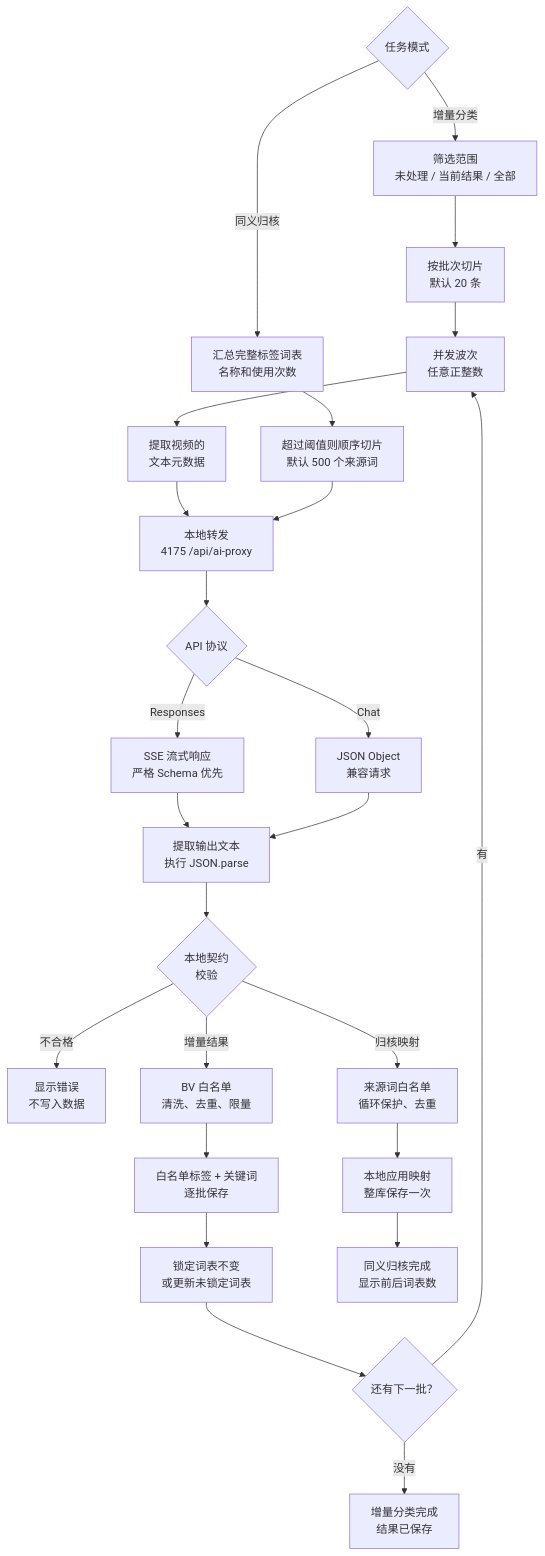
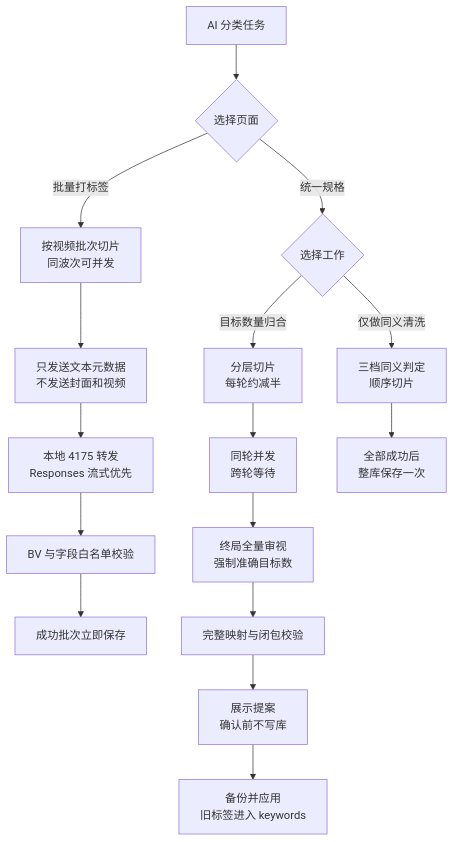
Before and after one commit to KanameMadoka520/_WatchLaterList: the second of 2 diagrams in README.md, drawn with Mermaid. The commit also changed other lines of this file and 9 other files, not shown here.

````diff
--- a/README.md
+++ b/README.md
@@ -235,28 +247,18 @@
 ```mermaid
 flowchart TD
-    A{"任务模式"}
-    A -->|"增量分类"| B["筛选范围<br/>未处理 / 当前结果 / 全部"]
-    A -->|"同义归核"| C["汇总完整标签词表<br/>名称和使用次数"]
-    B --> D["按批次切片<br/>默认 20 条"]
-    D --> E["并发波次<br/>任意正整数"]
-    E --> F["提取视频的<br/>文本元数据"]
-    C --> G["超过阈值则顺序切片<br/>默认 500 个来源词"]
-    F --> H["本地转发<br/>4175 /api/ai-proxy"]
-    G --> H
-    H --> I{"API 协议"}
-    I -->|"Responses"| J["SSE 流式响应<br/>严格 Schema 优先"]
-    I -->|"Chat"| K["JSON Object<br/>兼容请求"]
-    J --> L["提取输出文本<br/>执行 JSON.parse"]
-    K --> L
-    L --> M{"本地契约<br/>校验"}
-    M -->|"不合格"| N["显示错误<br/>不写入数据"]
-    M -->|"增量结果"| O["BV 白名单<br/>清洗、去重、限量"]
-    M -->|"归核映射"| P["来源词白名单<br/>循环保护、去重"]
-    O --> Q["白名单标签 + 关键词<br/>逐批保存"]
-    P --> R["本地应用映射<br/>整库保存一次"]
-    Q --> S["锁定词表不变<br/>或更新未锁定词表"]
-    S --> T{"还有下一批？"}
-    T -->|"有"| E
-    T -->|"没有"| U["增量分类完成<br/>结果已保存"]
-    R --> V["同义归核完成<br/>显示前后词表数"]
+    A["AI 分类任务"] --> B{"选择页面"}
+    B -->|"批量打标签"| C["按视频批次切片<br/>同波次可并发"]
+    C --> D["只发送文本元数据<br/>不发送封面和视频"]
+    D --> E["本地 4175 转发<br/>Responses 流式优先"]
+    E --> F["BV 与字段白名单校验"]
+    F --> G["成功批次立即保存"]
+    B -->|"统一规格"| H{"选择工作"}
+    H -->|"目标数量归合"| I["分层切片<br/>每轮约减半"]
+    I --> J["同轮并发<br/>跨轮等待"]
+    J --> K["终局全量审视<br/>强制准确目标数"]
+    K --> L["完整映射与闭包校验"]
+    L --> M["展示提案<br/>确认前不写库"]
+    M --> N["备份并应用<br/>旧标签进入 keywords"]
+    H -->|"仅做同义清洗"| O["三档同义判定<br/>顺序切片"]
+    O --> P["全部成功后<br/>整库保存一次"]
 ```
````
